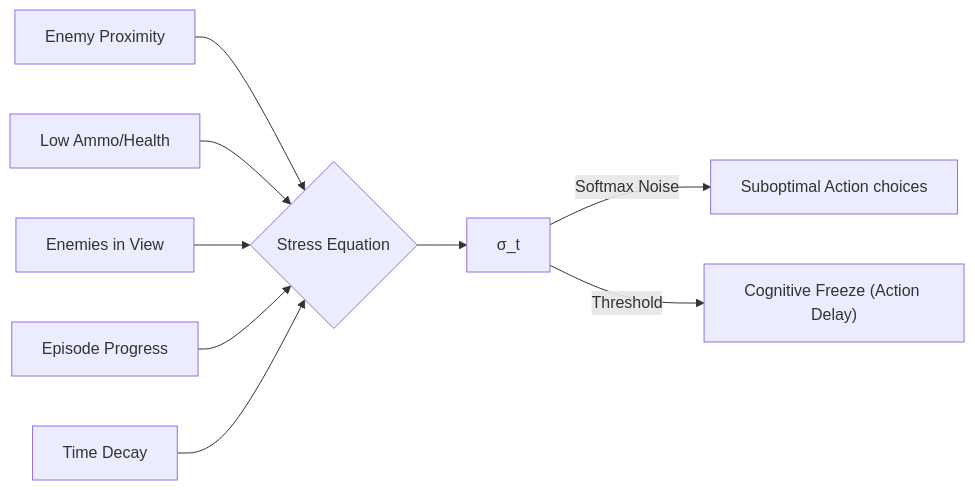
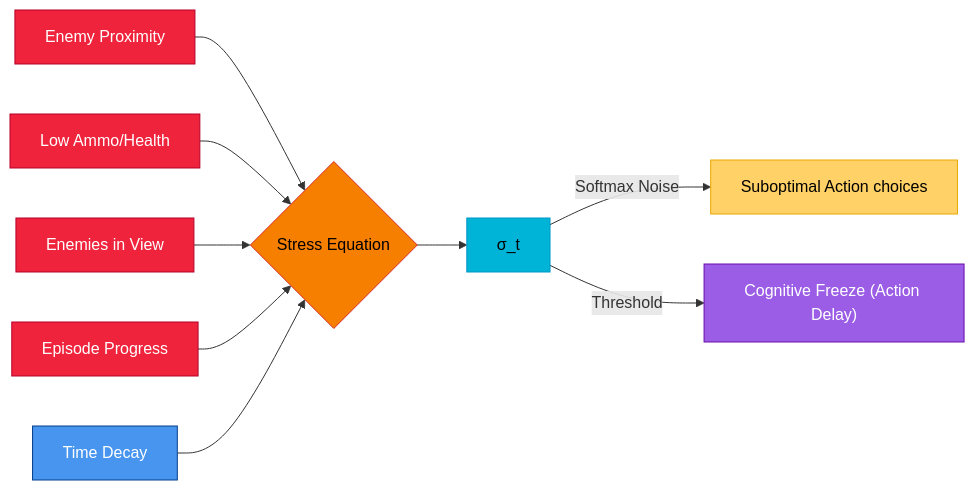
The second of 3 diagrams in README.md (DeveshR011/Wesker-Ai), drawn with Mermaid before and after one commit. The commit also changed other lines of this file, not shown here.

````diff
--- a/README.md
+++ b/README.md
@@ -178,13 +186,23 @@
 ```mermaid
 flowchart LR
     Danger["Enemy Proximity"] --> Update
     Scarcity["Low Ammo/Health"] --> Update
     InfoOverload["Enemies in View"] --> Update
     TimePressure["Episode Progress"] --> Update
     Decay["Time Decay"] --> Update
     
     Update{"Stress Equation"} --> Sigma["σ_t"]
     
     Sigma -->|Softmax Noise| Decision["Suboptimal Action choices"]
     Sigma -->|Threshold| Freeze["Cognitive Freeze (Action Delay)"]
+
+    style Danger fill:#ef233c,stroke:#b5002a,color:#fff
+    style Scarcity fill:#ef233c,stroke:#b5002a,color:#fff
+    style InfoOverload fill:#ef233c,stroke:#b5002a,color:#fff
+    style TimePressure fill:#ef233c,stroke:#b5002a,color:#fff
+    style Decay fill:#4895ef,stroke:#023e8a,color:#fff
+    style Update fill:#f77f00,stroke:#d62828,color:#000
+    style Sigma fill:#00b4d8,stroke:#0096c7,color:#000
+    style Decision fill:#ffd166,stroke:#e9a800,color:#000
+    style Freeze fill:#9b5de5,stroke:#6a0dad,color:#fff
 ```
````
